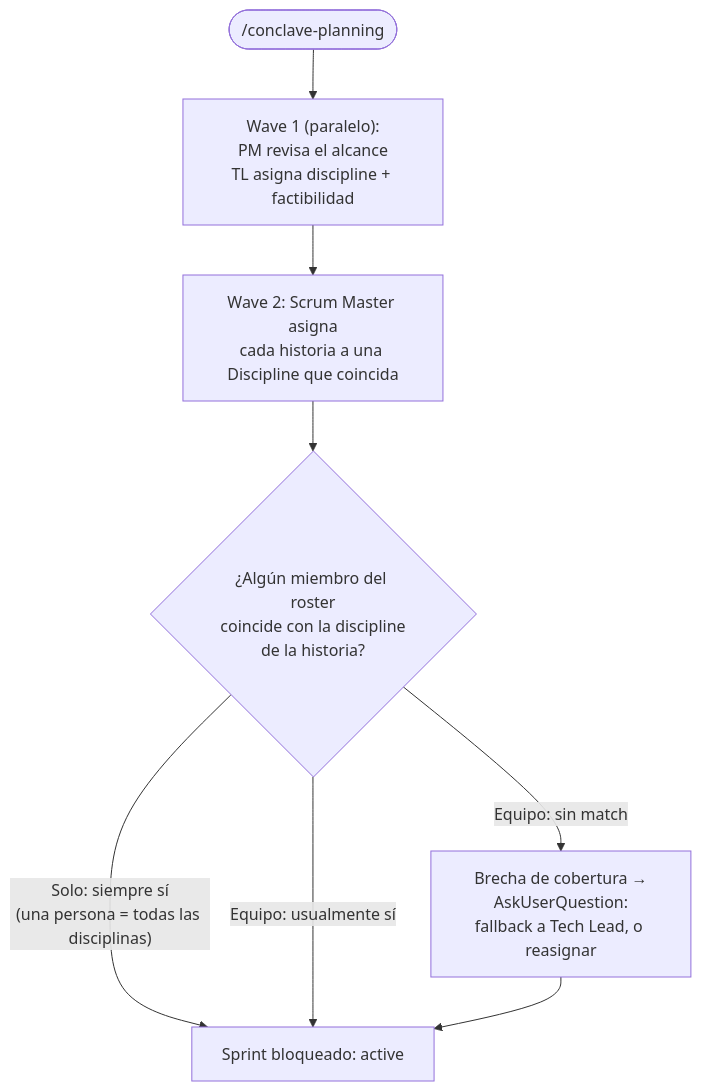
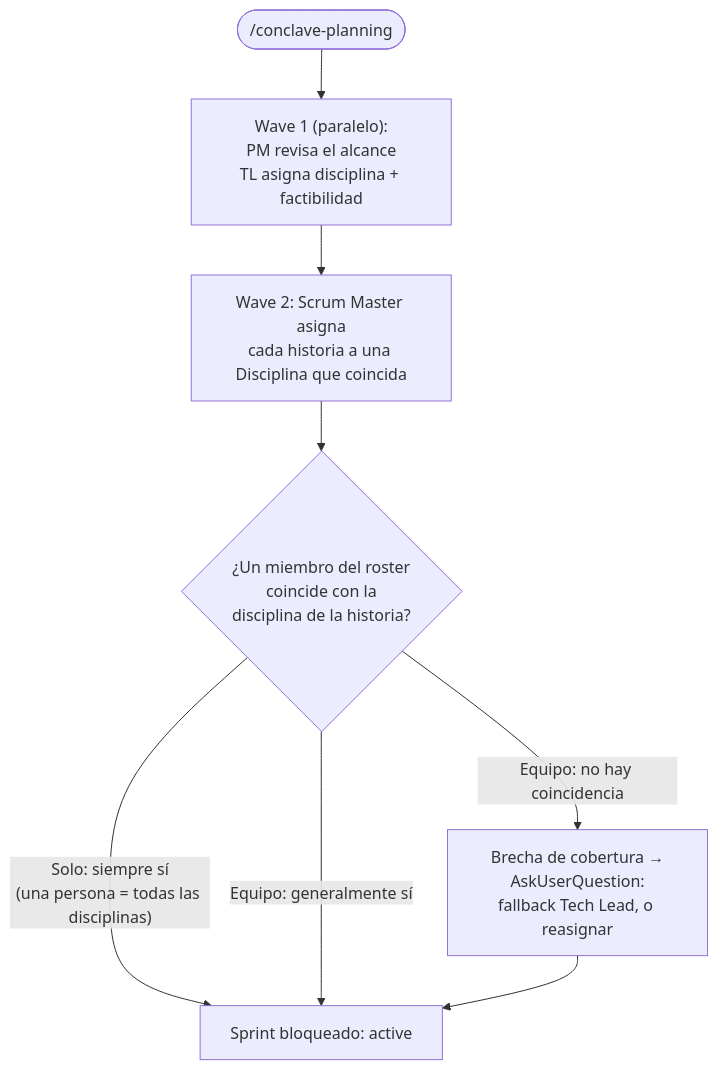
The second of 3 diagrams in site/content/es/workflow.mdx (giolabs/conclave), drawn with Mermaid before and after one commit. The commit also changed other lines of this file and 15 other files, not shown here.

First line of the commit message:
docs: update site for /conclave-init wizard merge and /conclave-planning Phase A

````diff
--- a/site/content/es/workflow.mdx
+++ b/site/content/es/workflow.mdx
@@ -30,12 +35,12 @@
 ```mermaid
 flowchart TD
-    Plan(["/conclave-planning"]) --> Wave1["Wave 1 (paralelo):<br/>PM revisa el alcance<br/>TL asigna discipline + factibilidad"]
-    Wave1 --> Wave2["Wave 2: Scrum Master asigna<br/>cada historia a una Discipline que coincida"]
+    Plan(["/conclave-planning"]) --> Wave1["Wave 1 (paralelo):<br/>PM revisa el alcance<br/>TL asigna disciplina + factibilidad"]
+    Wave1 --> Wave2["Wave 2: Scrum Master asigna<br/>cada historia a una Disciplina que coincida"]
 
-    Wave2 --> Match{"¿Algún miembro del roster<br/>coincide con la discipline<br/>de la historia?"}
+    Wave2 --> Match{"¿Un miembro del roster<br/>coincide con la<br/>disciplina de la historia?"}
 
     Match -->|"Solo: siempre sí<br/>(una persona = todas las disciplinas)"| Lock["Sprint bloqueado: active"]
-    Match -->|"Equipo: usualmente sí"| Lock
-    Match -->|"Equipo: sin match"| Gap["Brecha de cobertura →<br/>AskUserQuestion:<br/>fallback a Tech Lead, o reasignar"]
+    Match -->|"Equipo: generalmente sí"| Lock
+    Match -->|"Equipo: no hay coincidencia"| Gap["Brecha de cobertura →<br/>AskUserQuestion:<br/>fallback Tech Lead, o reasignar"]
     Gap --> Lock
 ```
````
